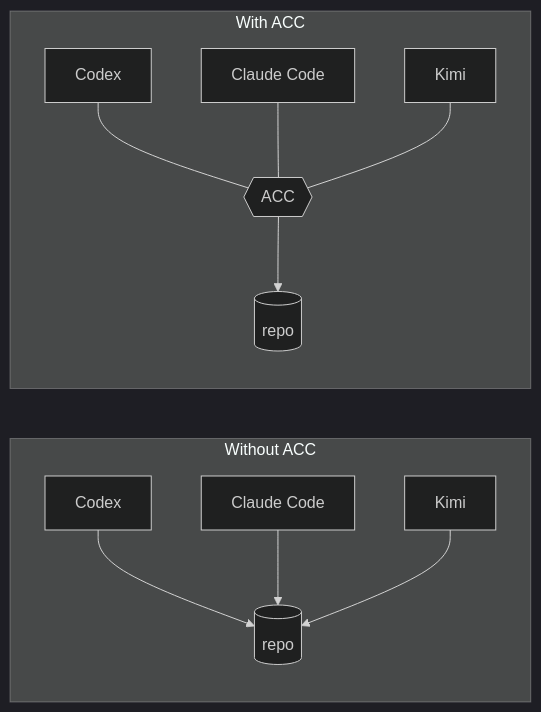
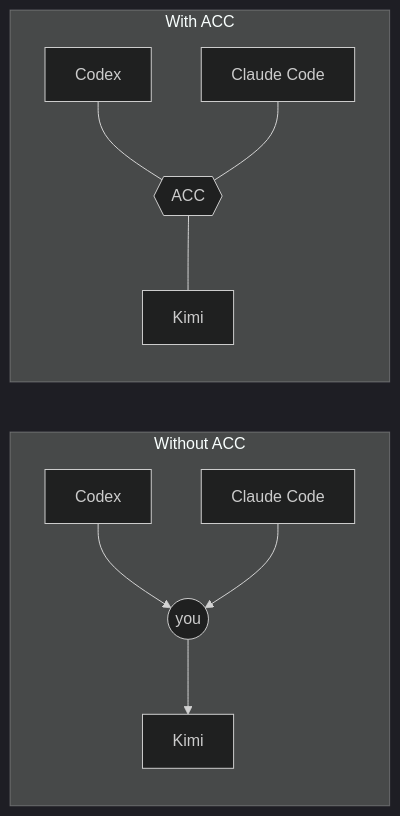
The first of 3 diagrams in docs/CONCEPTS.md (automatis-tools/agents-can-communicate), drawn with Mermaid (dark theme) before and after one commit. The commit also changed other lines of this file and 3 other files, not shown here.

````diff
--- a/docs/CONCEPTS.md
+++ b/docs/CONCEPTS.md
@@ -11,14 +12,13 @@
 ```mermaid
 graph LR
   subgraph "Without ACC"
-    A1[Codex] --> R1[(repo)]
-    B1[Claude Code] --> R1
-    C1[Kimi] --> R1
+    A1[Codex] --> H1((you))
+    B1[Claude Code] --> H1
+    H1 --> C1[Kimi]
   end
   subgraph "With ACC"
     A2[Codex] --- ACC{{ACC}}
     B2[Claude Code] --- ACC
-    C2[Kimi] --- ACC
-    ACC --> R2[(repo)]
+    ACC --- C2[Kimi]
   end
 ```
````
